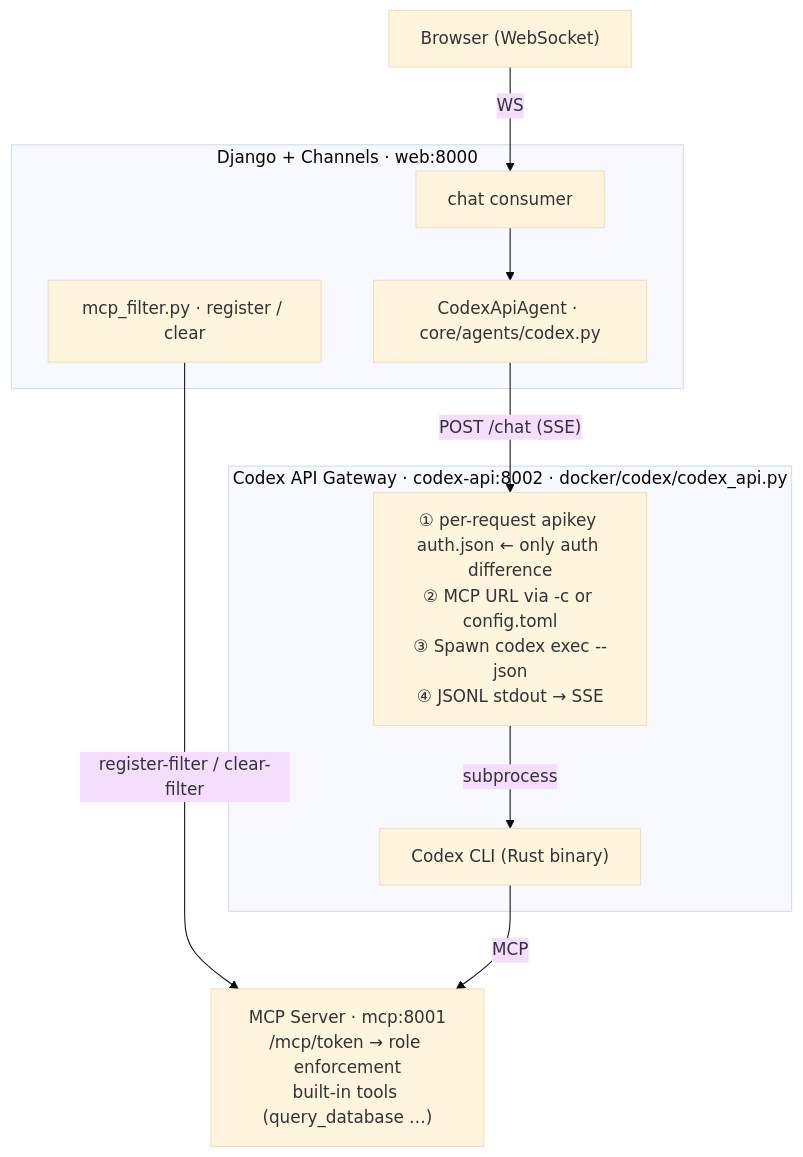
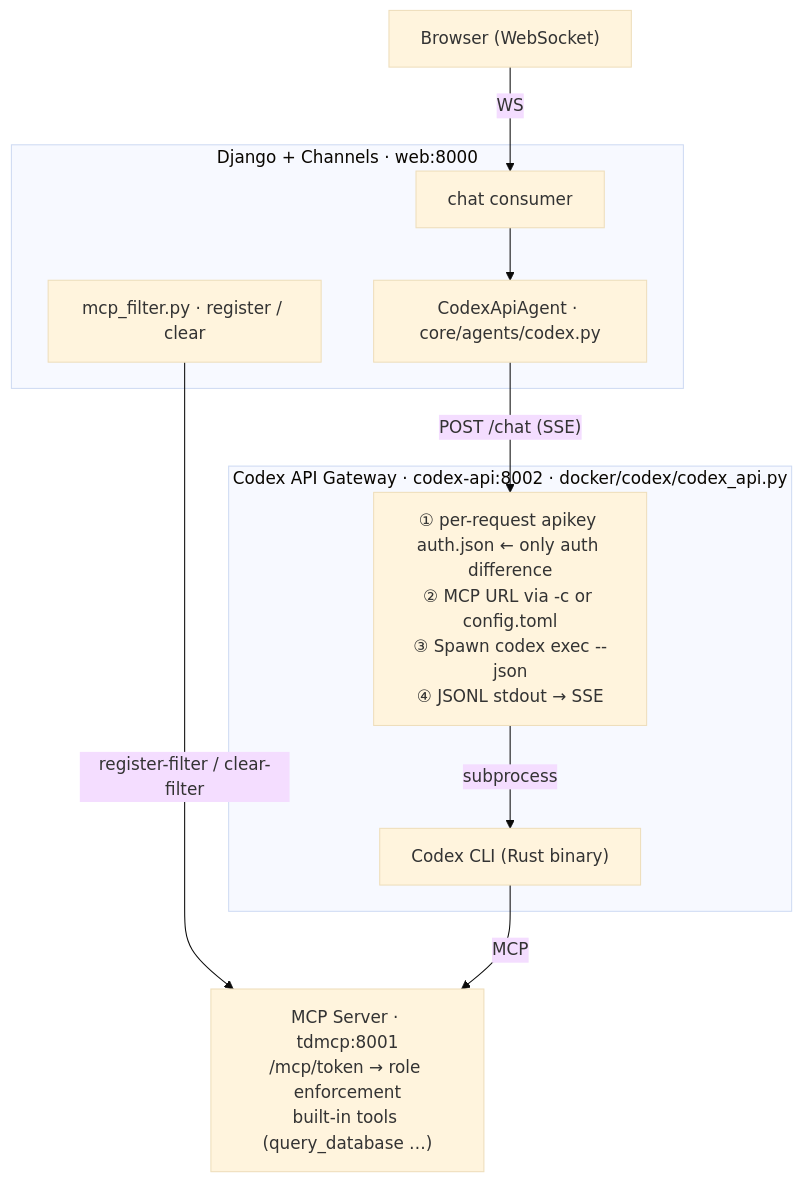
One commit to mpospirit-apps/TetherDust changed the diagram in documentations/TetherDust Documentation/3. Agent Integrations/3. CLI Tool with API Key.md. Above: the diagram before and after it, drawn with Mermaid (base theme). The commit also changed 73 other files, not shown here.

Commit message:
chore: move mcp_server to root as tdmcp and align service, container, and configuration naming

````diff
--- a/documentations/TetherDust Documentation/3. Agent Integrations/3. CLI Tool with API Key.md
+++ b/documentations/TetherDust Documentation/3. Agent Integrations/3. CLI Tool with API Key.md
@@ -45,24 +45,24 @@
 ```mermaid
 flowchart TD
     Browser["Browser (WebSocket)"]
 
     subgraph web["Django + Channels · web:8000"]
         Consumer["chat consumer"]
         Agent["CodexApiAgent · core/agents/codex.py"]
         Filter["mcp_filter.py · register / clear"]
     end
 
     subgraph codex_api_gw["Codex API Gateway · codex-api:8002 · docker/codex/codex_api.py"]
         GW["① per-request apikey auth.json ← only auth difference<br/>② MCP URL via -c or config.toml<br/>③ Spawn codex exec --json<br/>④ JSONL stdout → SSE"]
         CLI["Codex CLI (Rust binary)"]
         GW -->|subprocess| CLI
     end
 
-    MCP["MCP Server · mcp:8001<br/>/mcp/token → role enforcement<br/>built-in tools (query_database …)"]
+    MCP["MCP Server · tdmcp:8001<br/>/mcp/token → role enforcement<br/>built-in tools (query_database …)"]
 
     Browser -->|WS| Consumer
     Consumer --> Agent
     Agent -->|"POST /chat (SSE)"| GW
     Filter -->|"register-filter / clear-filter"| MCP
     CLI -->|MCP| MCP
 ```
````
